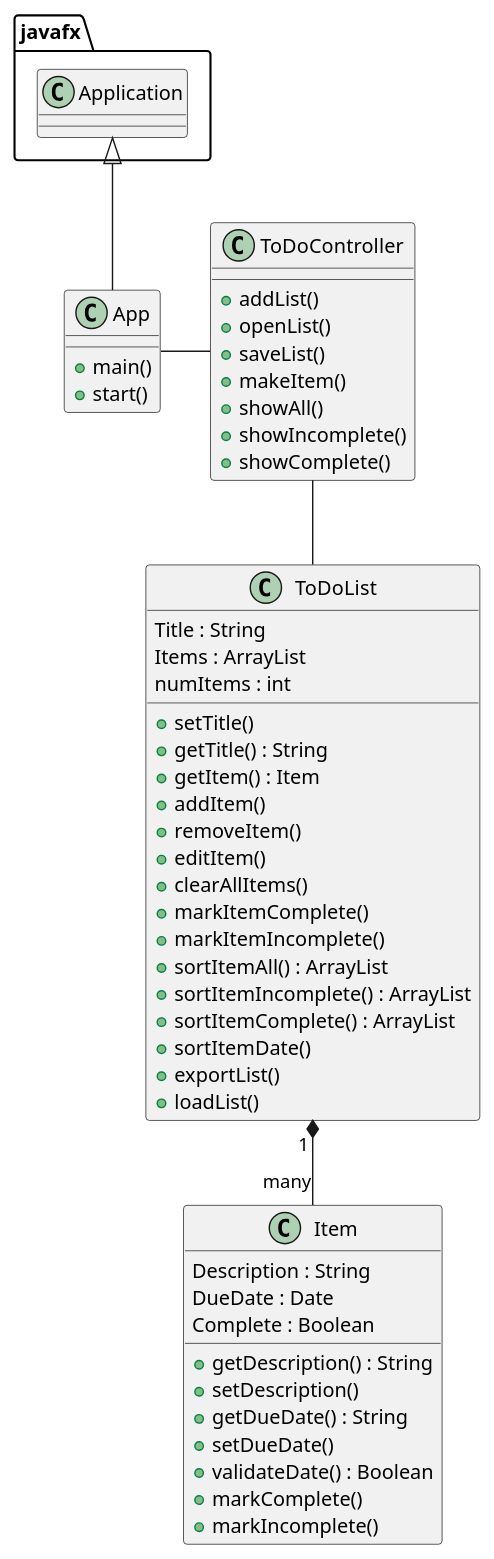
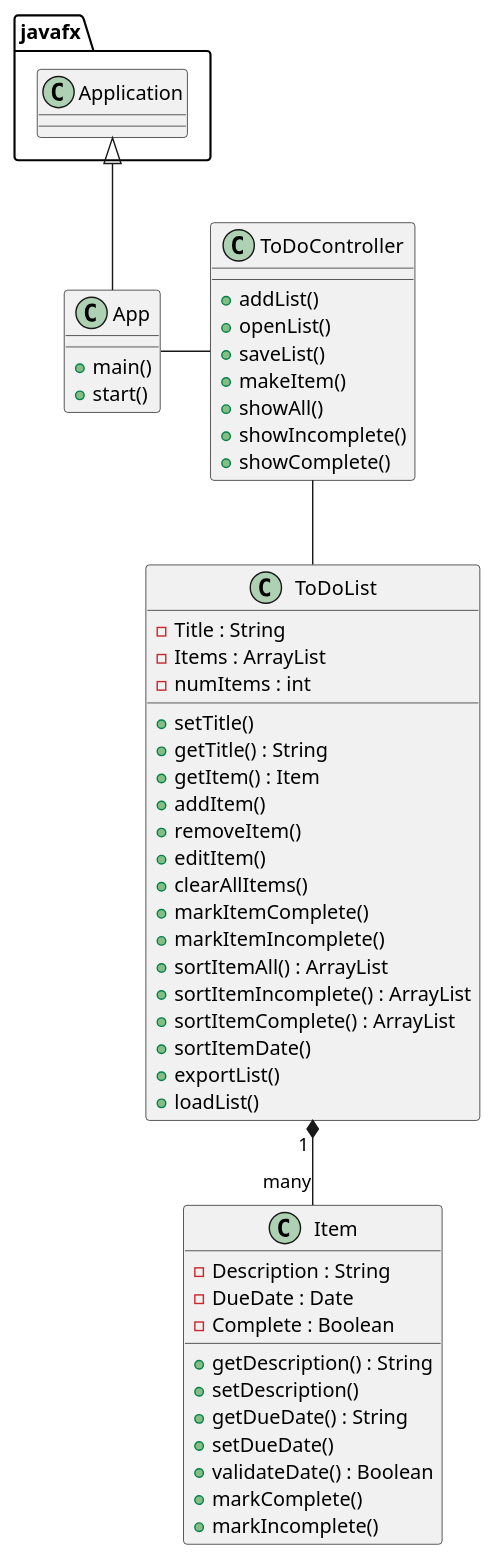
The diagram in uml/ToDoUML.puml (kieran-l-jimenez/jimenez-cop3330-assignment4part2), drawn with PlantUML before and after one commit. The commit also changed 5 other files, not shown here.

```diff
--- a/uml/ToDoUML.puml
+++ b/uml/ToDoUML.puml
@@ -1,72 +1,72 @@
 @startuml
 
 class App {
     + main()
     + start()
 }
 
 class ToDoController {
 + addList()
 + openList()
 + saveList()
 + makeItem()
 + showAll()
 + showIncomplete()
 + showComplete()
 }
 'Req 1
 class ToDoList {
-Title : String
-Items : ArrayList
-numItems : int
+- Title : String
+- Items : ArrayList
+- numItems : int
 
 +setTitle()
 +getTitle() : String
 +getItem() : Item
 +addItem()
 'Req 4
 +removeItem()
 'Req 5
 +editItem()
 'Req 7, Req 8
 +clearAllItems()
 'Req 6
 +markItemComplete()
 +markItemIncomplete()
 'Req 9
 +sortItemAll() : ArrayList
 'Req 10
 +sortItemIncomplete() : ArrayList
 'Req 11
 +sortItemComplete() : ArrayList
 'Req 12
 +sortItemDate()
 +exportList()
 'Req 13
 +loadList()
 'Req 14
 }
 
 class Item {
-Description : String
+- Description : String
 'Req 2
-DueDate : Date
+- DueDate : Date
 'Req 3
 'Format: YYYY-MM-DD
-Complete : Boolean
+- Complete : Boolean
 
 + getDescription() : String
 + setDescription()
 + getDueDate() : String
 + setDueDate()
 + validateDate() : Boolean
 'Req 3.1: see if 1)DD doesn't go past max for the month, 2)positive numbers
 + markComplete()
 + markIncomplete()
 }
 
 ToDoList "1 " *-- "many" Item
 App - ToDoController
 ToDoController -- ToDoList
 javafx.Application <|-- App
 @enduml
```
